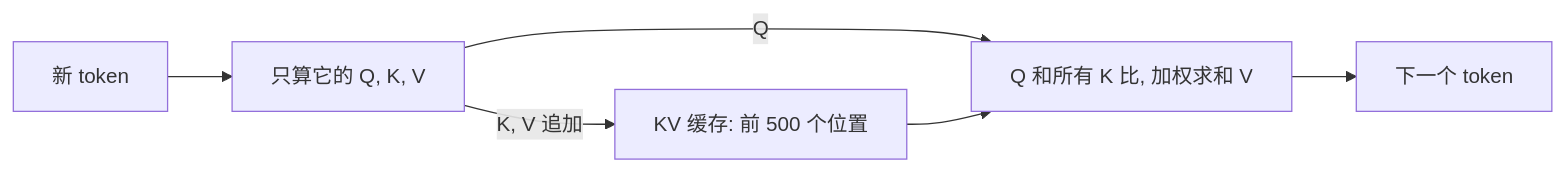
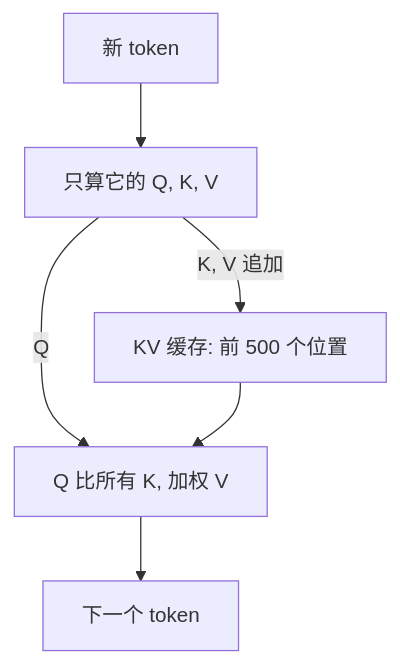
The diagram in vault/domains/llm-inference/cards/basics/li-basics-attention-attention-cost-kv-reuse.md (ChiChasesCheese/trellis), drawn with Mermaid before and after one commit. The commit also changed 27 other files, not shown here.

First line of the commit message:
Cerebras HM prep: phone-sized diagrams and two corrected facts in the 100 cards for the hiring-manager round

````diff
--- a/vault/domains/llm-inference/cards/basics/li-basics-attention-attention-cost-kv-reuse.md
+++ b/vault/domains/llm-inference/cards/basics/li-basics-attention-attention-cost-kv-reuse.md
@@ -19,8 +19,8 @@
 ```mermaid
-flowchart LR
+flowchart TD
     N["新 token"] --> C["只算它的 Q, K, V"]
     C -- "K, V 追加" --> KV["KV 缓存: 前 500 个位置"]
-    C -- "Q" --> A["Q 和所有 K 比, 加权求和 V"]
+    C -- "Q" --> A["Q 比所有 K, 加权 V"]
     KV --> A
     A --> O["下一个 token"]
 ```
````
